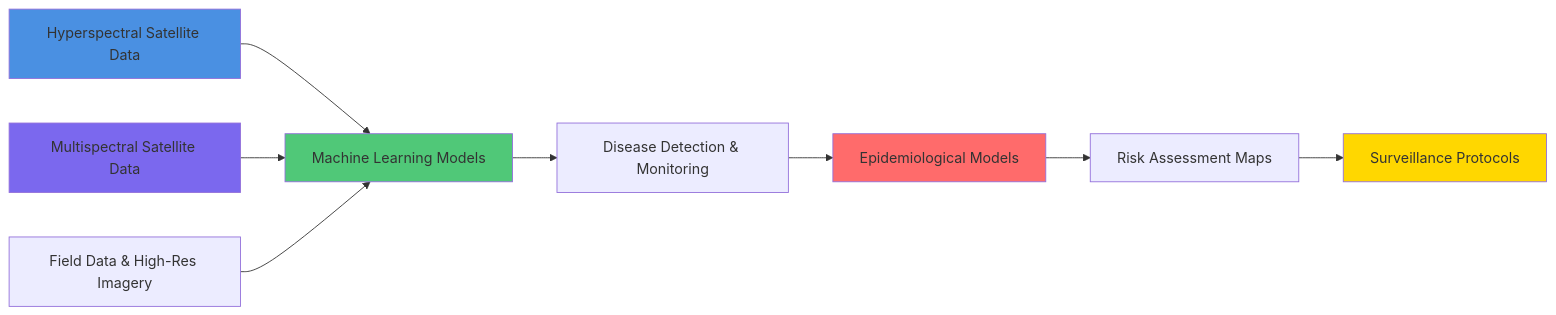
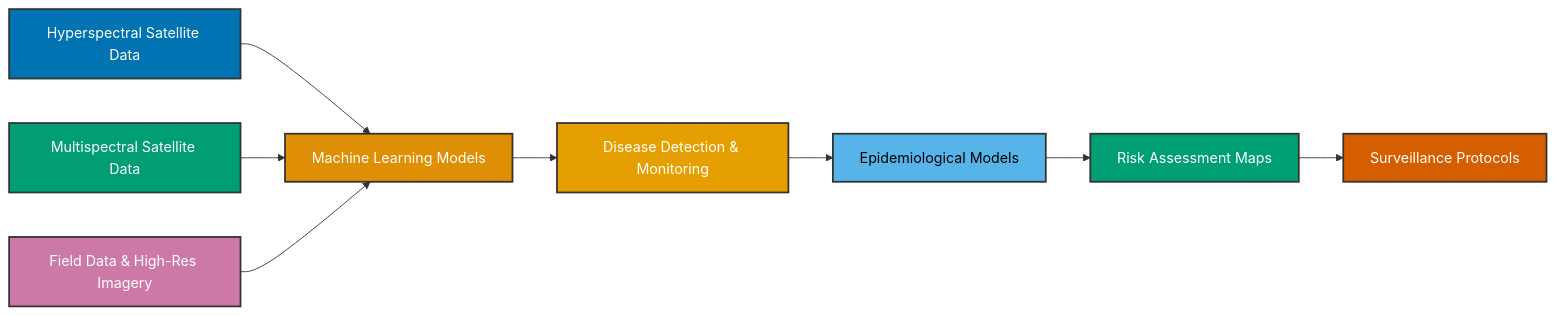
The diagram in README.md (rcalderonmadrid/rcalderonmadrid), drawn with Mermaid before and after one commit. The commit also changed other lines of this file, not shown here.

````diff
--- a/README.md
+++ b/README.md
@@ -191,16 +190,19 @@
 ```mermaid
 graph LR
     A[Hyperspectral Satellite Data] --> D[Machine Learning Models]
     B[Multispectral Satellite Data] --> D
     C[Field Data & High-Res Imagery] --> D
     D --> E[Disease Detection & Monitoring]
     E --> F[Epidemiological Models]
     F --> G[Risk Assessment Maps]
     G --> H[Surveillance Protocols]
     
-    style A fill:#4A90E2
-    style B fill:#7B68EE
-    style D fill:#50C878
-    style F fill:#FF6B6B
-    style H fill:#FFD700
+    style A fill:#0173B2,stroke:#333,stroke-width:2px,color:#fff
+    style B fill:#029E73,stroke:#333,stroke-width:2px,color:#fff
+    style C fill:#CC79A7,stroke:#333,stroke-width:2px,color:#fff
+    style D fill:#DE8F05,stroke:#333,stroke-width:2px,color:#fff
+    style E fill:#E69F00,stroke:#333,stroke-width:2px,color:#fff
+    style F fill:#56B4E9,stroke:#333,stroke-width:2px,color:#000
+    style G fill:#009E73,stroke:#333,stroke-width:2px,color:#fff
+    style H fill:#D55E00,stroke:#333,stroke-width:2px,color:#fff
 ```
````
